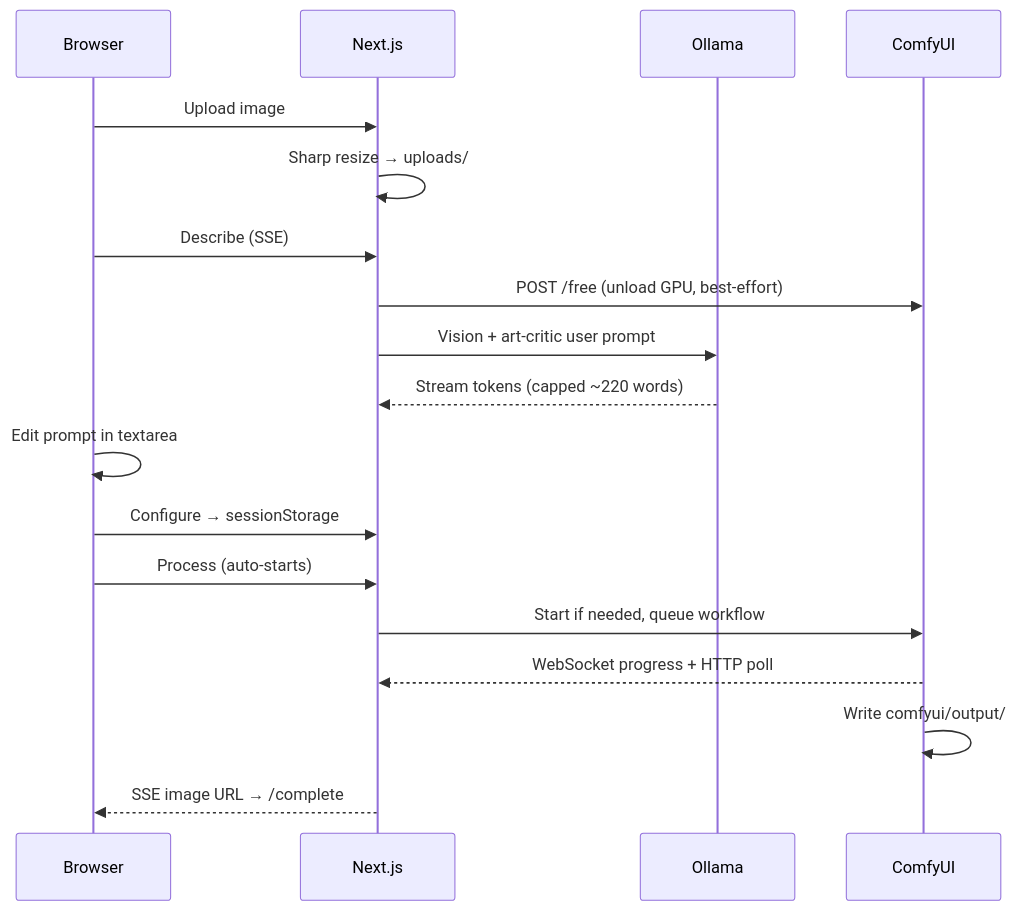
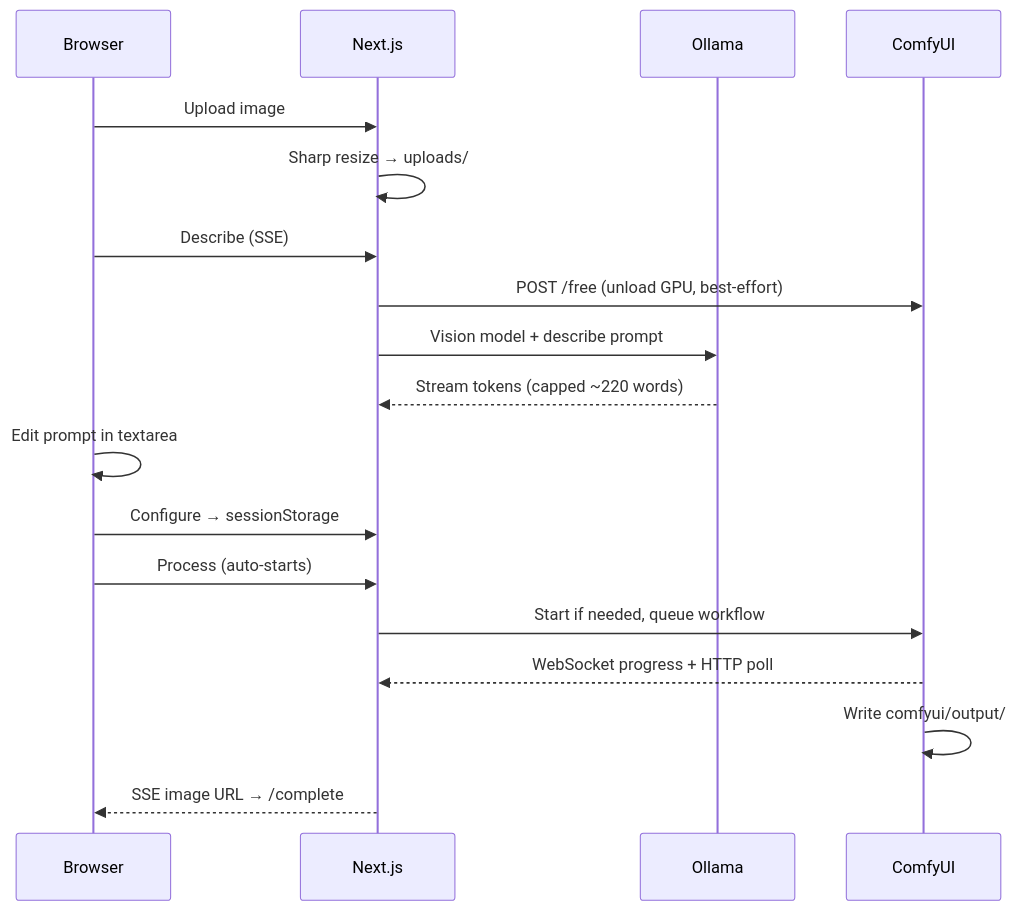
The first of 2 diagrams in docs/architecture.md (johnnaumann/anthroposcenic_001), drawn with Mermaid before and after one commit. The commit also changed other lines of this file and 1 other file, not shown here.

Commit message:
Update documentation to clarify terminology in describe prompt handling within architecture.md and models.md, replacing "art-critic user prompt" with "describe prompt" for consistency and improved understanding of the output format.

````diff
--- a/docs/architecture.md
+++ b/docs/architecture.md
@@ -7,21 +7,21 @@
 ```mermaid
 sequenceDiagram
     participant U as Browser
     participant N as Next.js
     participant O as Ollama
     participant C as ComfyUI
 
     U->>N: Upload image
     N->>N: Sharp resize → uploads/
     U->>N: Describe (SSE)
     N->>C: POST /free (unload GPU, best-effort)
-    N->>O: Vision + art-critic user prompt
+    N->>O: Vision model + describe prompt
     O-->>N: Stream tokens (capped ~220 words)
     U->>U: Edit prompt in textarea
     U->>N: Configure → sessionStorage
     U->>N: Process (auto-starts)
     N->>C: Start if needed, queue workflow
     C-->>N: WebSocket progress + HTTP poll
     C->>C: Write comfyui/output/
     N-->>U: SSE image URL → /complete
 ```
````
